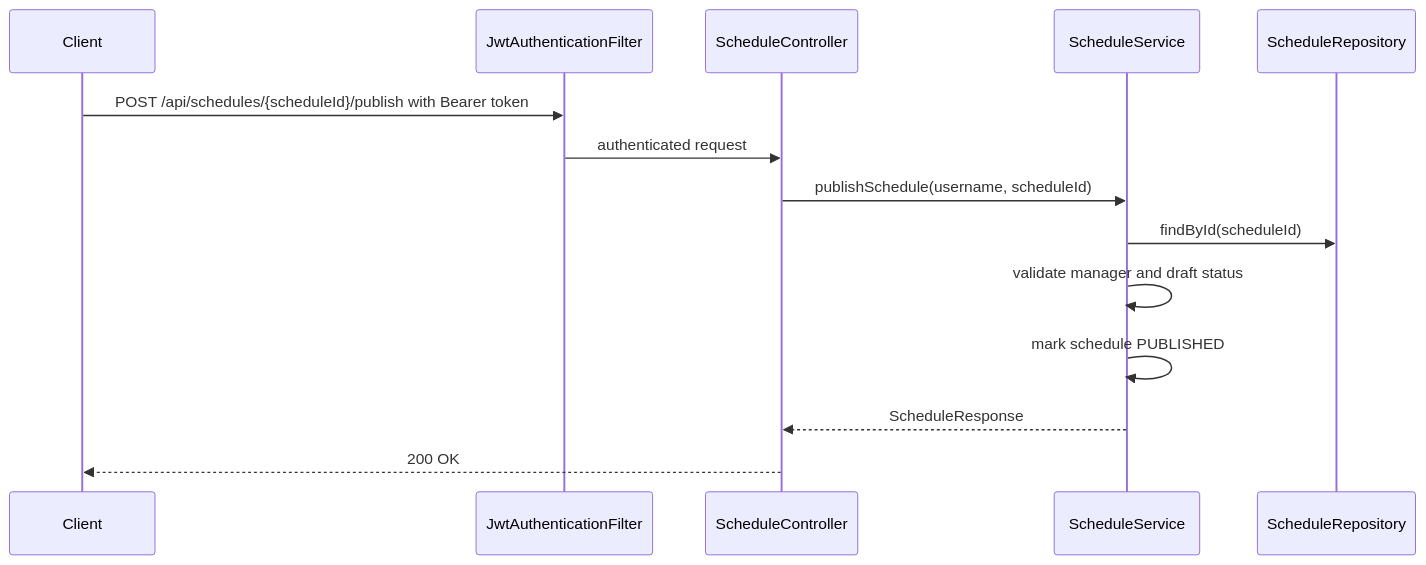
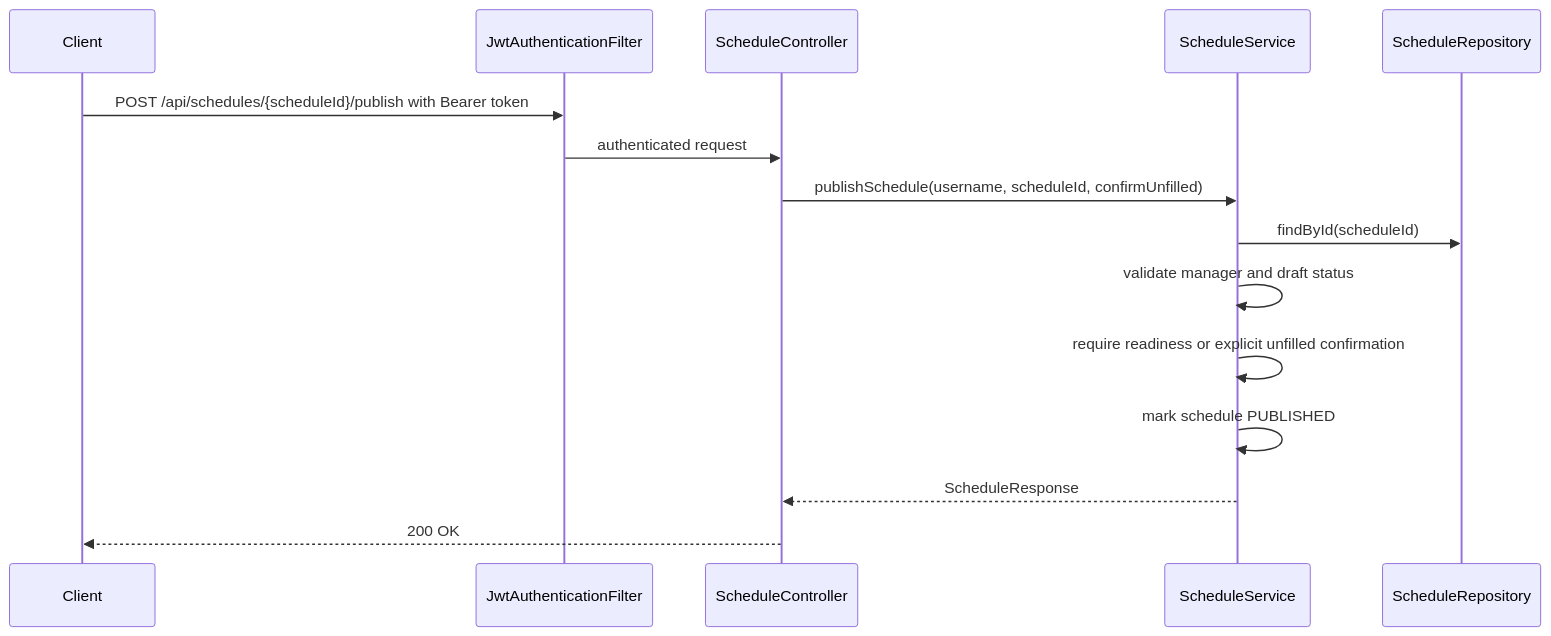
The seventh of 14 diagrams in docs/current-backend-architecture.md (HiliMor/shift-management-system), drawn with Mermaid before and after one commit. The commit also changed other lines of this file and 7 other files, not shown here.

Commit message:
Require confirmation for unfilled schedule publication

````diff
--- a/docs/current-backend-architecture.md
+++ b/docs/current-backend-architecture.md
@@ -250,17 +250,18 @@
 ```mermaid
 sequenceDiagram
     participant Client
     participant Security as JwtAuthenticationFilter
     participant ScheduleController
     participant ScheduleService
     participant ScheduleRepository
 
     Client->>Security: POST /api/schedules/{scheduleId}/publish with Bearer token
     Security->>ScheduleController: authenticated request
-    ScheduleController->>ScheduleService: publishSchedule(username, scheduleId)
+    ScheduleController->>ScheduleService: publishSchedule(username, scheduleId, confirmUnfilled)
     ScheduleService->>ScheduleRepository: findById(scheduleId)
     ScheduleService->>ScheduleService: validate manager and draft status
+    ScheduleService->>ScheduleService: require readiness or explicit unfilled confirmation
     ScheduleService->>ScheduleService: mark schedule PUBLISHED
     ScheduleService-->>ScheduleController: ScheduleResponse
     ScheduleController-->>Client: 200 OK
 ```
````
